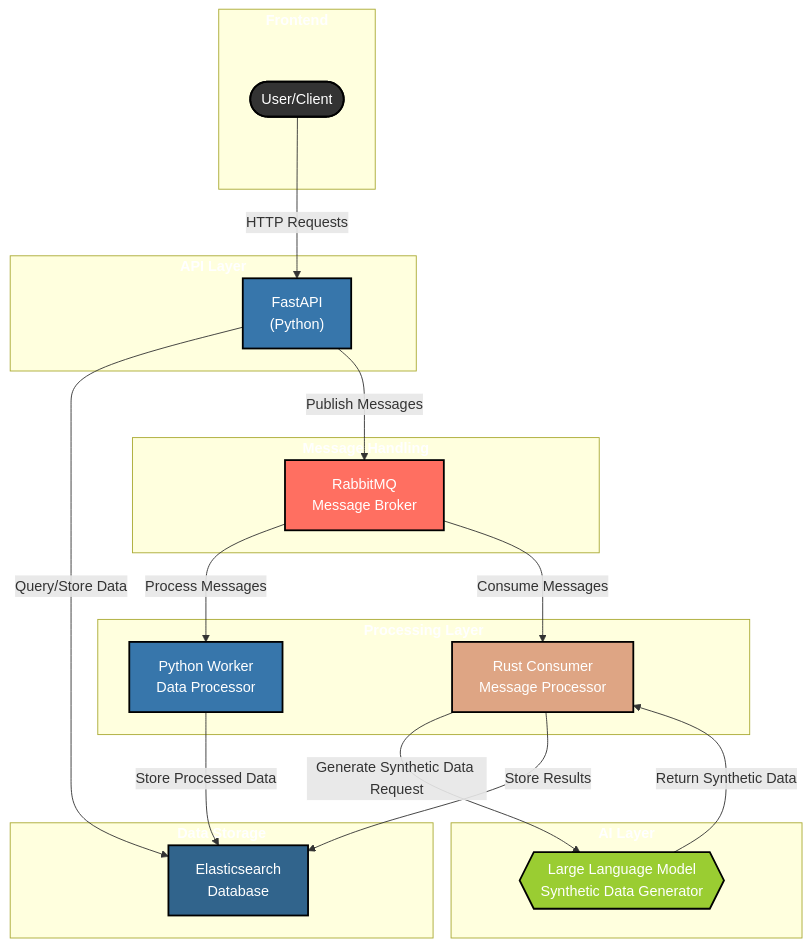
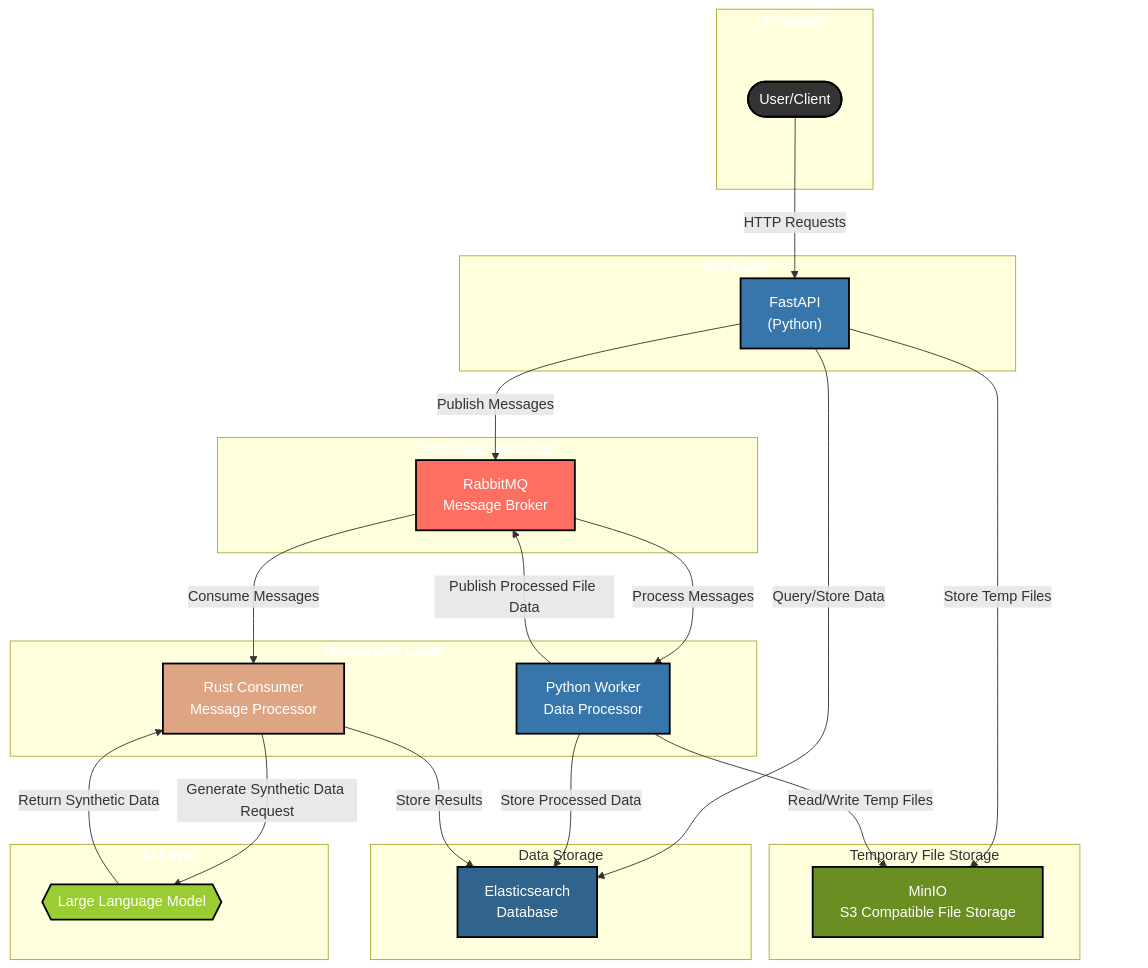
Before and after one commit to nasirus/synthgen: the diagram in ARCHITECTURE.md, drawn with Mermaid. The commit also changed other lines of this file and 1 other file, not shown here.

First line of the commit message:
Add MinIO for temporary file storage in architecture

```diff
--- a/ARCHITECTURE.md
+++ b/ARCHITECTURE.md
@@ -19,8 +19,9 @@
     Message Broker"]
     elasticsearch["Elasticsearch
     Database"]
-    llm{{"Large Language Model
-    Synthetic Data Generator"}}
+    minio["MinIO 
+    S3 Compatible File Storage"]
+    llm{{"Large Language Model"}}
     consumer["Rust Consumer
     Message Processor"]
     worker["Python Worker
@@ -30,9 +31,12 @@
     client -->|"HTTP Requests"| api
     api -->|"Query/Store Data"| elasticsearch
     api -->|"Publish Messages"| rabbitmq
+    api -->|"Store Temp Files"| minio
     rabbitmq -->|"Process Messages"| worker
+    worker -->|"Publish Processed File Data"| rabbitmq
     rabbitmq -->|"Consume Messages"| consumer
     worker -->|"Store Processed Data"| elasticsearch
+    worker -->|"Read/Write Temp Files"| minio
     consumer -->|"Generate Synthetic Data Request"| llm
     llm -->|"Return Synthetic Data"| consumer
     consumer -->|"Store Results"| elasticsearch
@@ -41,6 +45,7 @@
     classDef clientStyle fill:#333,stroke:#000,color:white,stroke-width:2px,text-align:center
     classDef apiStyle fill:#3776AB,stroke:#000,color:white,stroke-width:2px,text-align:center
     classDef dbStyle fill:#31648C,stroke:#000,color:white,stroke-width:2px,text-align:center
+    classDef storageStyle fill:#6B8E23,stroke:#000,color:white,stroke-width:2px,text-align:center
     classDef msgStyle fill:#FF6F61,stroke:#000,color:white,stroke-width:2px,text-align:center
     classDef llmStyle fill:#9ACD32,stroke:#000,color:white,stroke-width:2px,text-align:center
     classDef workerStyle fill:#3776AB,stroke:#000,color:white,stroke-width:2px,text-align:center
@@ -53,6 +58,7 @@
     class client clientStyle
     class api apiStyle
     class elasticsearch dbStyle
+    class minio storageStyle
     class rabbitmq msgStyle
     class llm llmStyle
     class worker workerStyle
@@ -67,8 +73,12 @@
         api
     end
     
-    subgraph DataStorage["Data Storage"]
+    subgraph PermanentStorage["Data Storage"]
         elasticsearch
+    end
+    
+    subgraph TemporaryStorage["Temporary File Storage"]
+        minio
     end
     
     subgraph MessageHandling["Message Handling"]
```
